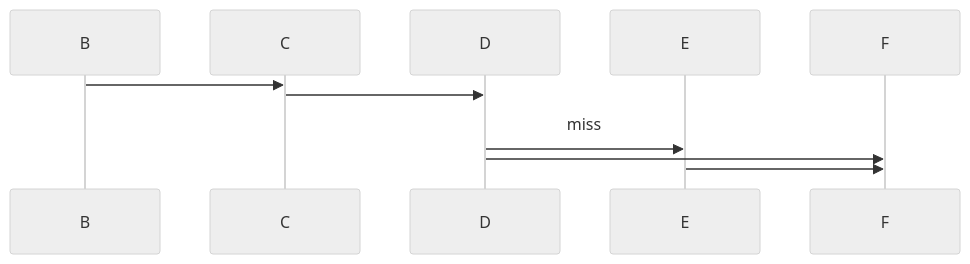
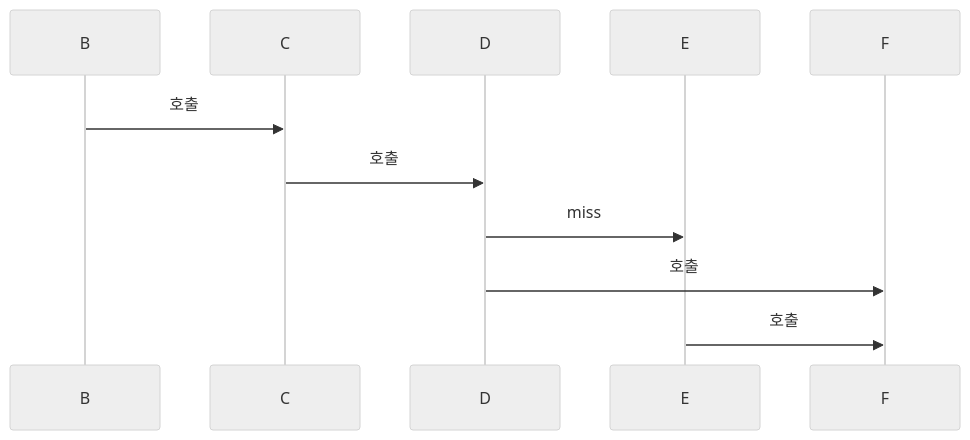
The fourth of 9 diagrams in _posts/systemdesign/2026-05-03-system-design-location.md (yjkim2015/yjkim2015.github.io), drawn with Mermaid (neutral theme) before and after one commit. The commit also changed other lines of this file and 85 other files, not shown here.

First line of the commit message:
sequenceDiagram 문법 에러 2차 수정 169개 (86파일)

````diff
--- a/_posts/systemdesign/2026-05-03-system-design-location.md
+++ b/_posts/systemdesign/2026-05-03-system-design-location.md
@@ -304,8 +304,8 @@
 ```mermaid
 sequenceDiagram
-    B->>C:
-    C->>D:
+    B->>C: 호출
+    C->>D: 호출
     D->>E: miss
-    D->>F:
-    E->>F:
+    D->>F: 호출
+    E->>F: 호출
 ```
````
